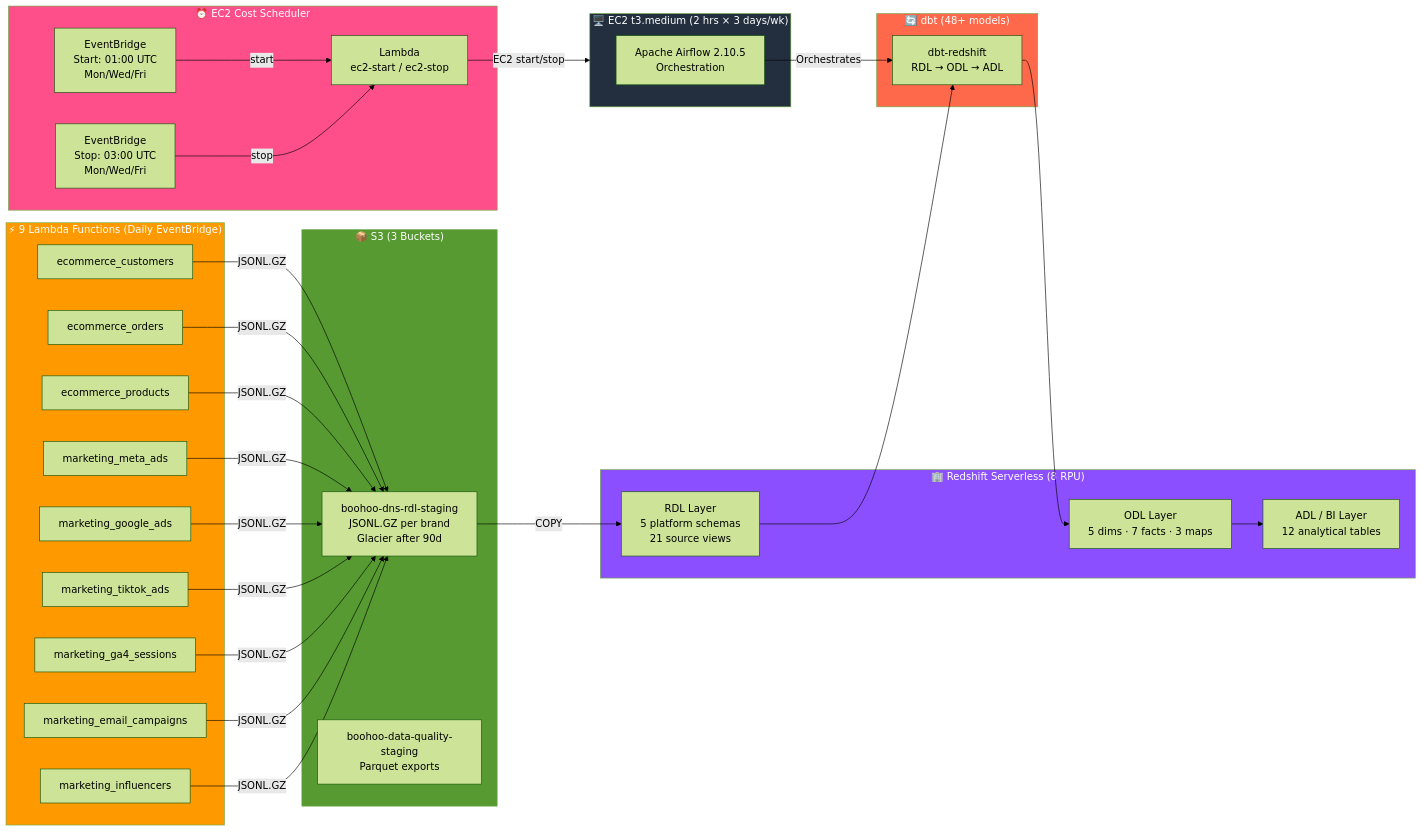
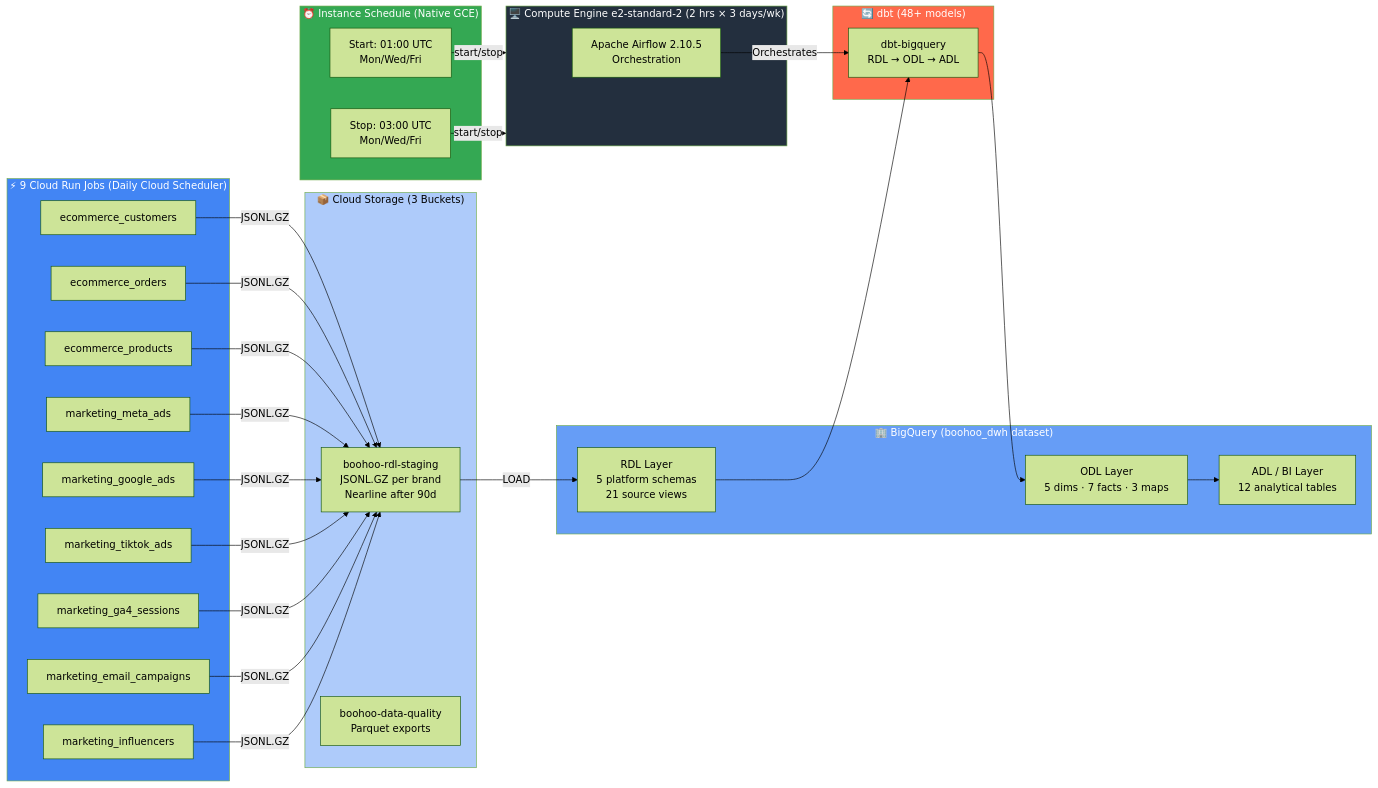
Before and after one commit to TimiOlayinka/bigquery-dbt-ecommerce-warehouse: the diagram in README.md, drawn with Mermaid (forest theme). The commit also changed other lines of this file and 92 other files, not shown here.

````diff
--- a/README.md
+++ b/README.md
@@ -37,54 +37,51 @@
 ```mermaid
 flowchart LR
-    subgraph LAMBDAS["⚡ 9 Lambda Functions (Daily EventBridge)"]
+    subgraph JOBS["⚡ 9 Cloud Run Jobs (Daily Cloud Scheduler)"]
         L1["ecommerce_customers"]
         L2["ecommerce_orders"]
         L3["ecommerce_products"]
         L4["marketing_meta_ads"]
         L5["marketing_google_ads"]
         L6["marketing_tiktok_ads"]
         L7["marketing_ga4_sessions"]
         L8["marketing_email_campaigns"]
         L9["marketing_influencers"]
     end
 
-    subgraph S3["📦 S3 (3 Buckets)"]
-        RDL_S3["boohoo-dns-rdl-staging\nJSONL.GZ per brand\nGlacier after 90d"]
-        DQ_S3["boohoo-data-quality-staging\nParquet exports"]
+    subgraph GCS["📦 Cloud Storage (3 Buckets)"]
+        RDL_GCS["boohoo-rdl-staging\nJSONL.GZ per brand\nNearline after 90d"]
+        DQ_GCS["boohoo-data-quality\nParquet exports"]
     end
 
-    subgraph SCHEDULER["⏰ EC2 Cost Scheduler"]
-        EB1["EventBridge\nStart: 01:00 UTC\nMon/Wed/Fri"]
-        EB2["EventBridge\nStop: 03:00 UTC\nMon/Wed/Fri"]
-        SCHED_LAMBDA["Lambda\nec2-start / ec2-stop"]
+    subgraph SCHEDULER["⏰ Instance Schedule (Native GCE)"]
+        IS1["Start: 01:00 UTC\nMon/Wed/Fri"]
+        IS2["Stop: 03:00 UTC\nMon/Wed/Fri"]
     end
 
-    subgraph EC2["🖥️ EC2 t3.medium (2 hrs × 3 days/wk)"]
+    subgraph GCE["🖥️ Compute Engine e2-standard-2 (2 hrs × 3 days/wk)"]
         AF["Apache Airflow 2.10.5\nOrchestration"]
     end
 
-    subgraph REDSHIFT["🏢 Redshift Serverless (8 RPU)"]
-        RDL_RS["RDL Layer\n5 platform schemas\n21 source views"]
-        ODL_RS["ODL Layer\n5 dims · 7 facts · 3 maps"]
-        ADL_RS["ADL / BI Layer\n12 analytical tables"]
+    subgraph BQ["🏢 BigQuery (boohoo_dwh dataset)"]
+        RDL_BQ["RDL Layer\n5 platform schemas\n21 source views"]
+        ODL_BQ["ODL Layer\n5 dims · 7 facts · 3 maps"]
+        ADL_BQ["ADL / BI Layer\n12 analytical tables"]
     end
 
     subgraph DBT["🔄 dbt (48+ models)"]
-        DBT_RUN["dbt-redshift\nRDL → ODL → ADL"]
+        DBT_RUN["dbt-bigquery\nRDL → ODL → ADL"]
     end
 
-    L1 & L2 & L3 & L4 & L5 & L6 & L7 & L8 & L9 -->|"JSONL.GZ"| RDL_S3
-    RDL_S3 -->|"COPY"| RDL_RS
-    RDL_RS --> DBT_RUN --> ODL_RS --> ADL_RS
-    EB1 -->|"start"| SCHED_LAMBDA
-    EB2 -->|"stop"| SCHED_LAMBDA
-    SCHED_LAMBDA -->|"EC2 start/stop"| EC2
+    L1 & L2 & L3 & L4 & L5 & L6 & L7 & L8 & L9 -->|"JSONL.GZ"| RDL_GCS
+    RDL_GCS -->|"LOAD"| RDL_BQ
+    RDL_BQ --> DBT_RUN --> ODL_BQ --> ADL_BQ
+    IS1 & IS2 -->|"start/stop"| GCE
     AF -->|"Orchestrates"| DBT_RUN
 
-    style LAMBDAS fill:#FF9900,color:#fff
-    style S3 fill:#569A31,color:#fff
-    style SCHEDULER fill:#FF4F8B,color:#fff
-    style EC2 fill:#232F3E,color:#fff
-    style REDSHIFT fill:#8C4FFF,color:#fff
+    style JOBS fill:#4285F4,color:#fff
+    style GCS fill:#AECBFA,color:#000
+    style SCHEDULER fill:#34A853,color:#fff
+    style GCE fill:#232F3E,color:#fff
+    style BQ fill:#669DF6,color:#fff
     style DBT fill:#FF694B,color:#fff
 ```
````
